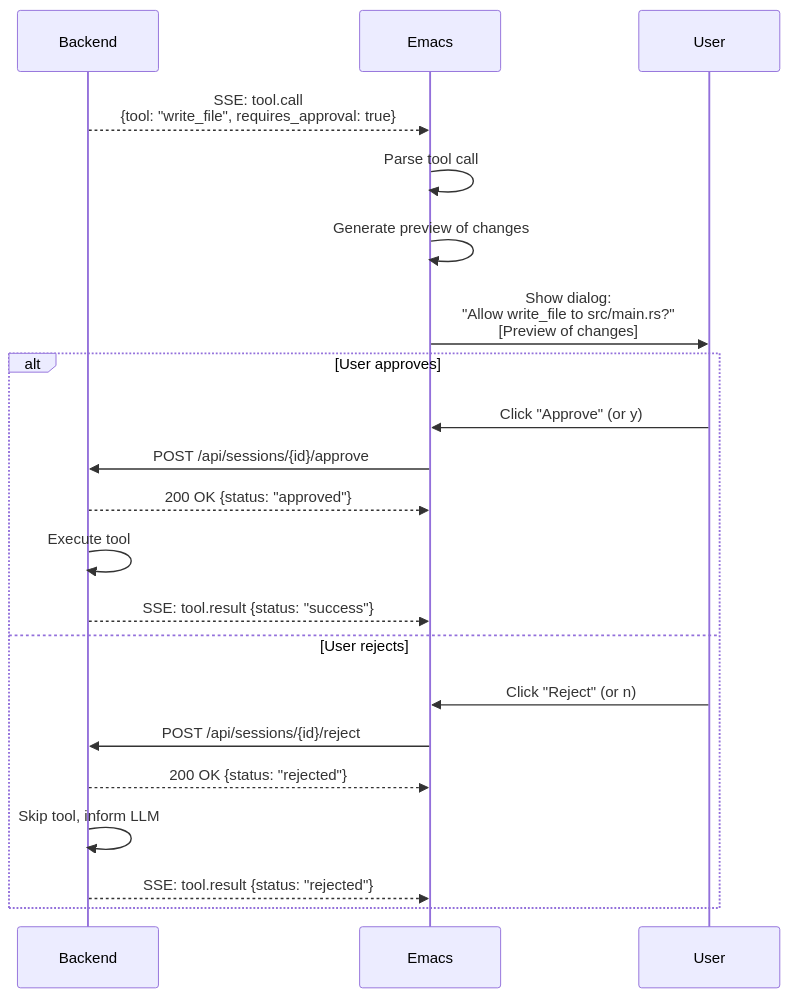
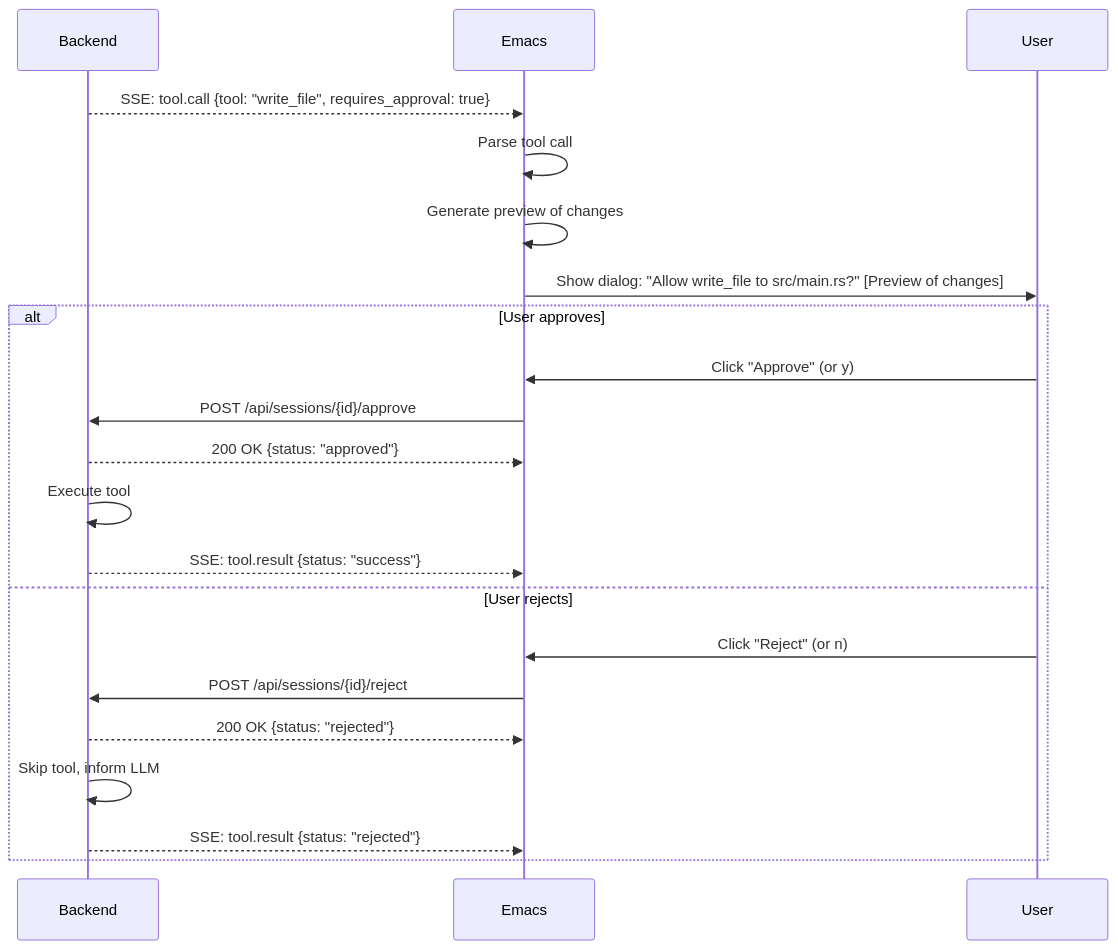
Before and after one commit to softwarewrighter/emacs-agent: the fourth of 5 diagrams in wiki/Communication-Protocol.md, drawn with Mermaid. The commit also changed other lines of this file and 7 other files, not shown here.

First line of the commit message:
Fix wiki Mermaid diagrams: remove <br/> tags

````diff
--- a/wiki/Communication-Protocol.md
+++ b/wiki/Communication-Protocol.md
@@ -419,27 +419,27 @@
 ```mermaid
 sequenceDiagram
     participant B as Backend
     participant E as Emacs
     participant U as User
 
-    B-->>E: SSE: tool.call<br/>{tool: "write_file", requires_approval: true}
+    B-->>E: SSE: tool.call {tool: "write_file", requires_approval: true}
 
     E->>E: Parse tool call
     E->>E: Generate preview of changes
 
-    E->>U: Show dialog:<br/>"Allow write_file to src/main.rs?"<br/>[Preview of changes]
+    E->>U: Show dialog: "Allow write_file to src/main.rs?" [Preview of changes]
 
     alt User approves
         U->>E: Click "Approve" (or y)
         E->>B: POST /api/sessions/{id}/approve
         B-->>E: 200 OK {status: "approved"}
         B->>B: Execute tool
         B-->>E: SSE: tool.result {status: "success"}
     else User rejects
         U->>E: Click "Reject" (or n)
         E->>B: POST /api/sessions/{id}/reject
         B-->>E: 200 OK {status: "rejected"}
         B->>B: Skip tool, inform LLM
         B-->>E: SSE: tool.result {status: "rejected"}
     end
 ```
````
